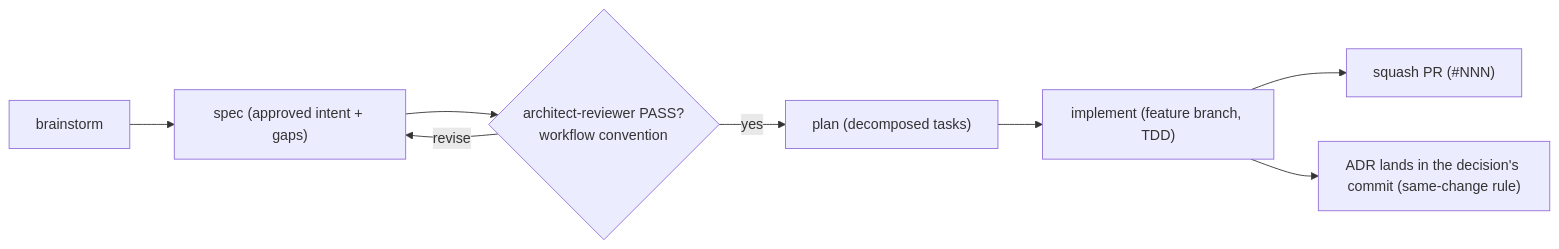
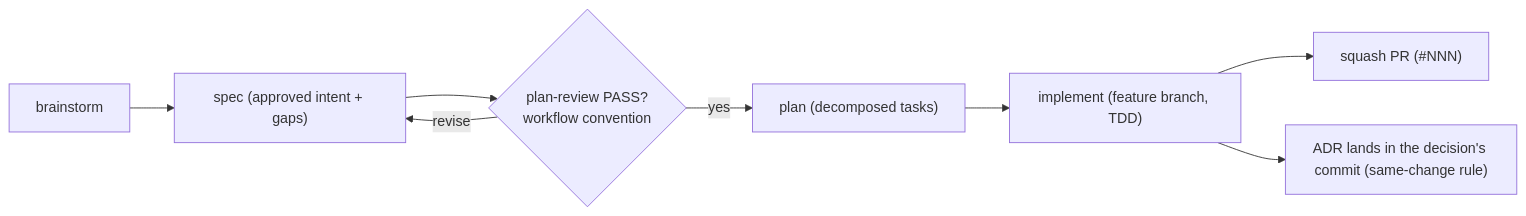
Before and after one commit to erikunha/portfolio: the second of 2 diagrams in docs/handbook/knowledge-architecture.md, drawn with Mermaid. The commit also changed other lines of this file and 20 other files, not shown here.

````diff
--- a/docs/handbook/knowledge-architecture.md
+++ b/docs/handbook/knowledge-architecture.md
@@ -68,10 +68,10 @@
 ```mermaid
 flowchart LR
     brainstorm["brainstorm"] --> spec["spec (approved intent + gaps)"]
-    spec --> gate{"architect-reviewer PASS?<br/>workflow convention"}
+    spec --> gate{"plan-review PASS?<br/>workflow convention"}
     gate -->|revise| spec
     gate -->|yes| plan["plan (decomposed tasks)"]
     plan --> impl["implement (feature branch, TDD)"]
     impl --> pr["squash PR (#NNN)"]
     impl --> adr["ADR lands in the decision's commit (same-change rule)"]
 ```
````
